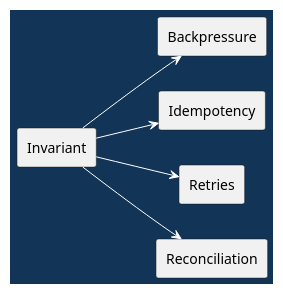
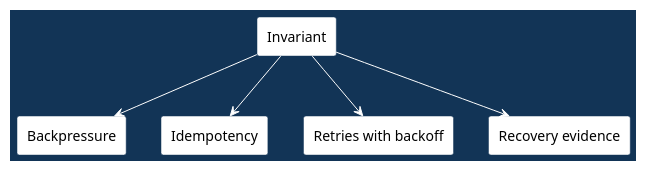
The seventh of 11 diagrams in doc/lectures/week12/load_testing/README.slides.adoc (madajaju/CS5254), drawn with PlantUML before and after one commit. The commit also changed other lines of this file and 47 other files, not shown here.

```diff
--- a/doc/lectures/week12/load_testing/README.slides.adoc
+++ b/doc/lectures/week12/load_testing/README.slides.adoc
@@ -96,30 +169,27 @@
-[plantuml,width=100%]
+[plantuml, width=100%]
 ----
 @startuml
 skinparam shadowing false
-skinparam backgroundColor #123456
-skinparam defaultFontColor black
+skinparam BackgroundColor #123456
+skinparam DefaultFontColor black
 skinparam ArrowColor white
 skinparam ArrowFontColor #ffd166
 skinparam ArrowFontStyle bold
 skinparam ArrowFontSize 16
-skinparam BoxBackgroundColor white
-skinparam BoxFontColor black
 skinparam BorderColor #123456
-skinparam ParticipantBorderColor #123456
-skinparam ParticipantBackgroundColor white
-skinparam ParticipantFontColor black
-skinparam LifeLineBorderColor white
-skinparam LifeLineBackgroundColor white
-left to right direction
+skinparam rectangle {
+  BackgroundColor white
+  BorderColor #123456
+  FontColor black
+}
 rectangle "Invariant" as I
 rectangle "Backpressure" as B
 rectangle "Idempotency" as M
-rectangle "Retries" as R
-rectangle "Reconciliation" as C
+rectangle "Retries with backoff" as R
+rectangle "Recovery evidence" as E
 I --> B
 I --> M
 I --> R
-I --> C
+I --> E
 @enduml
 ----
```
